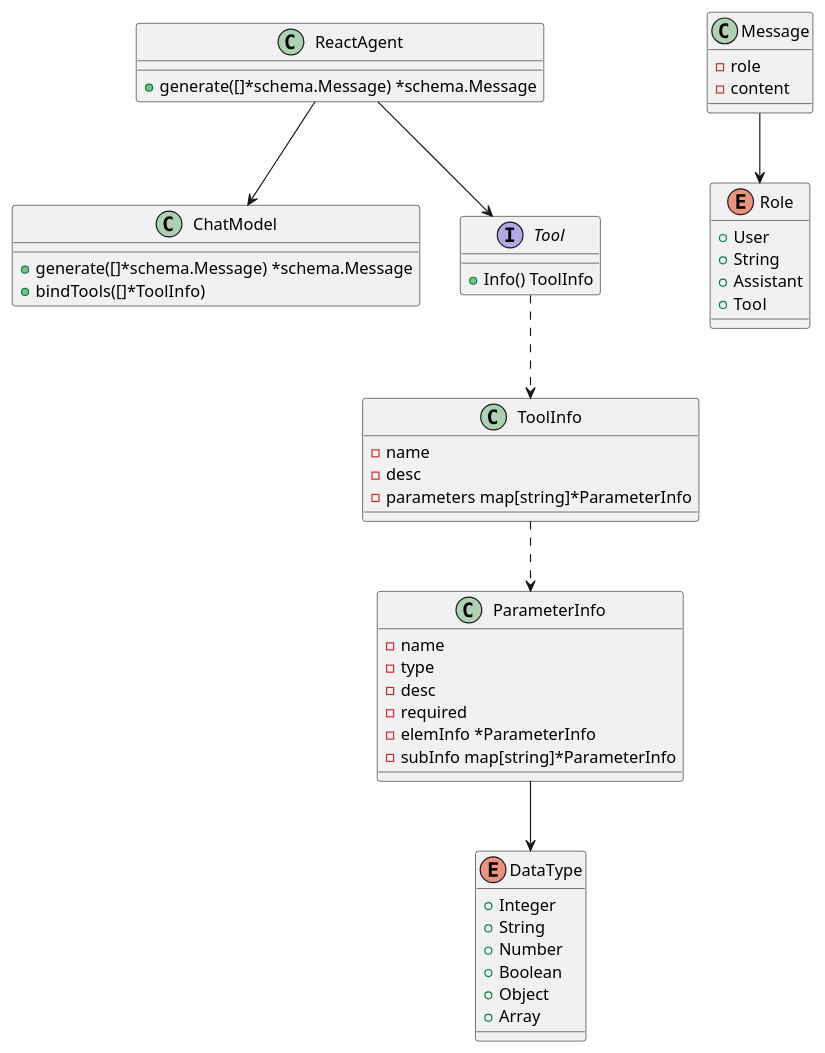
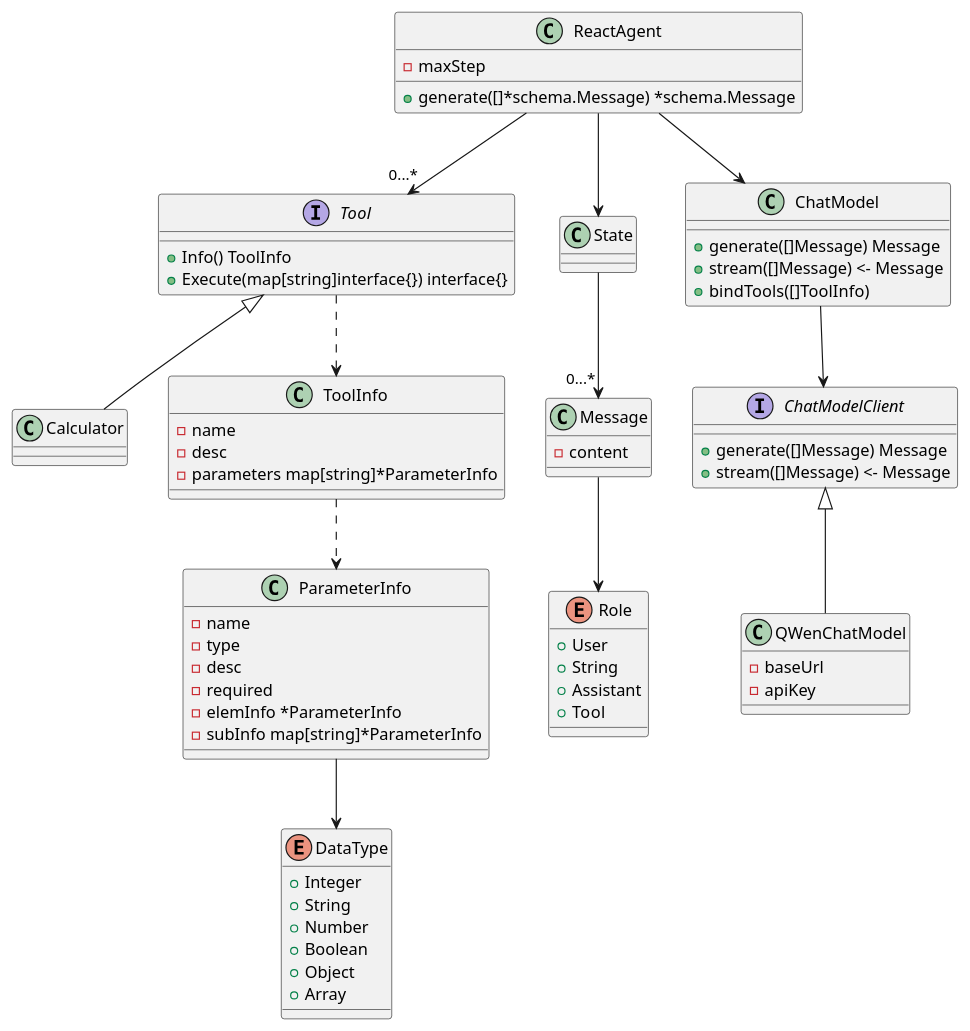
Before and after one commit to ningzhaoxing/reAct-agent: the diagram in class.puml, drawn with PlantUML.

Commit message:
feat:class uml

```diff
--- a/class.puml
+++ b/class.puml
@@ -1,54 +1,74 @@
 @startuml ReactAgent
 class ReactAgent {
+-maxStep
 +generate([]*schema.Message) *schema.Message
 }
+class State {
+}
+ReactAgent --> State
+
+State -->"0...*" Message
+
 ReactAgent --> ChatModel
-ReactAgent --> Tool
+ReactAgent -->"0...*" Tool
 class ChatModel {
-+generate([]*schema.Message) *schema.Message
-+bindTools([]*ToolInfo)
++generate([]Message) Message
++stream([]Message) <- Message
++bindTools([]ToolInfo)
 }
-
+ChatModel --> ChatModelClient
+interface ChatModelClient {
++generate([]Message) Message
++stream([]Message) <- Message
+}
+class QWenChatModel {
+-baseUrl
+-apiKey
+}
+QWenChatModel --u|> ChatModelClient
 interface Tool {
 +Info() ToolInfo
++Execute(map[string]interface{}) interface{}
 }
+class Calculator {
+}
+Calculator --u|> Tool
 
 class ToolInfo {
 -name
 -desc
 -parameters map[string]*ParameterInfo
 }
 Tool ..> ToolInfo
 class ParameterInfo {
 -name
 -type
 -desc
 -required
 -elemInfo *ParameterInfo
 -subInfo map[string]*ParameterInfo
 }
 ToolInfo ..> ParameterInfo
 
 ParameterInfo --> DataType
 enum DataType {
 +Integer
 +String
 +Number
 +Boolean
 +Object
 +Array
 }
 
 class Message {
--role
 -content
 }
 
 enum Role {
 +User
 +String
 +Assistant
 +Tool
 }
 Message --> Role
 @enduml
```
